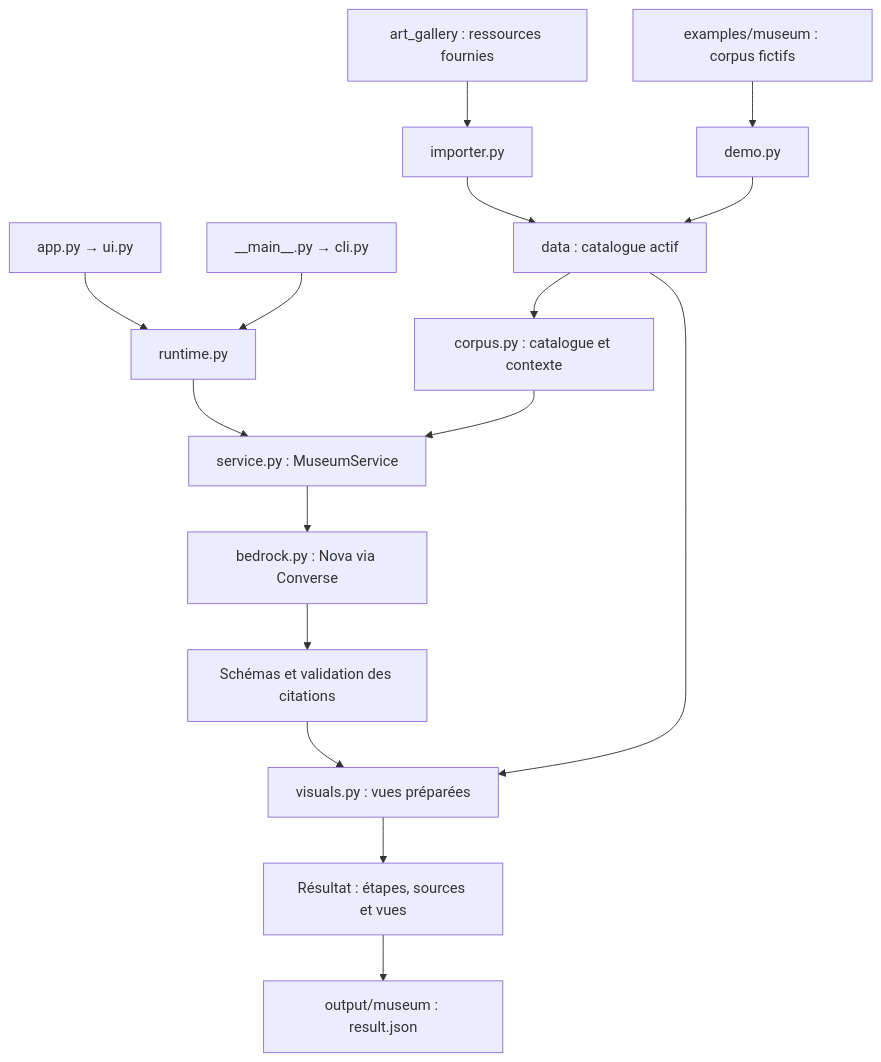
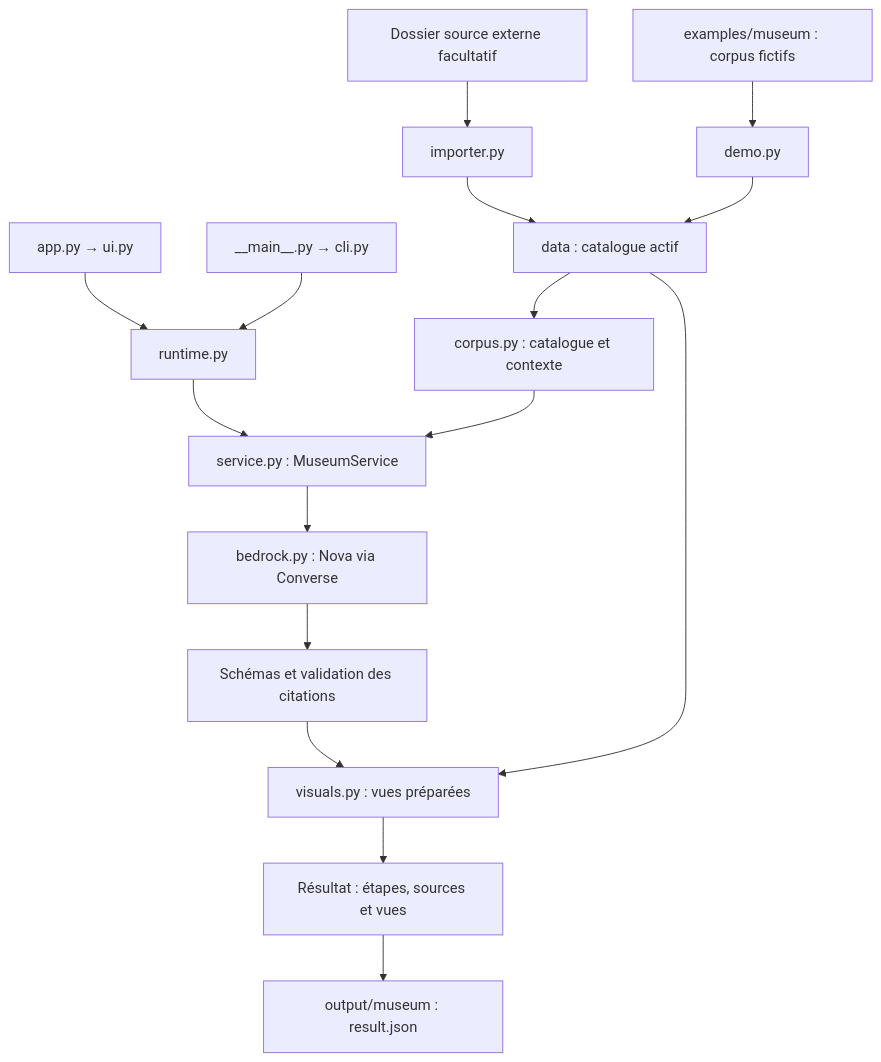
The first of 2 diagrams in docs/architecture.md (Whythem/My-art), drawn with Mermaid before and after one commit. The commit also changed other lines of this file and 19 other files, not shown here.

````diff
--- a/docs/architecture.md
+++ b/docs/architecture.md
@@ -7,18 +7,18 @@
 ```mermaid
 flowchart TD
-    Gallery[art_gallery : ressources fournies] --> Import[importer.py]
+    Gallery[Dossier source externe facultatif] --> Import[importer.py]
     Examples[examples/museum : corpus fictifs] --> Demo[demo.py]
     Import --> Data[data : catalogue actif]
     Demo --> Data
     UI[app.py → ui.py] --> Runtime[runtime.py]
     CLI[__main__.py → cli.py] --> Runtime
     Runtime --> Service[service.py : MuseumService]
     Data --> Corpus[corpus.py : catalogue et contexte]
     Corpus --> Service
     Service --> Bedrock[bedrock.py : Nova via Converse]
     Bedrock --> Validation[Schémas et validation des citations]
     Validation --> Visuals[visuals.py : vues préparées]
     Data --> Visuals
     Visuals --> Result[Résultat : étapes, sources et vues]
     Result --> Output[output/museum : result.json]
 ```
````
